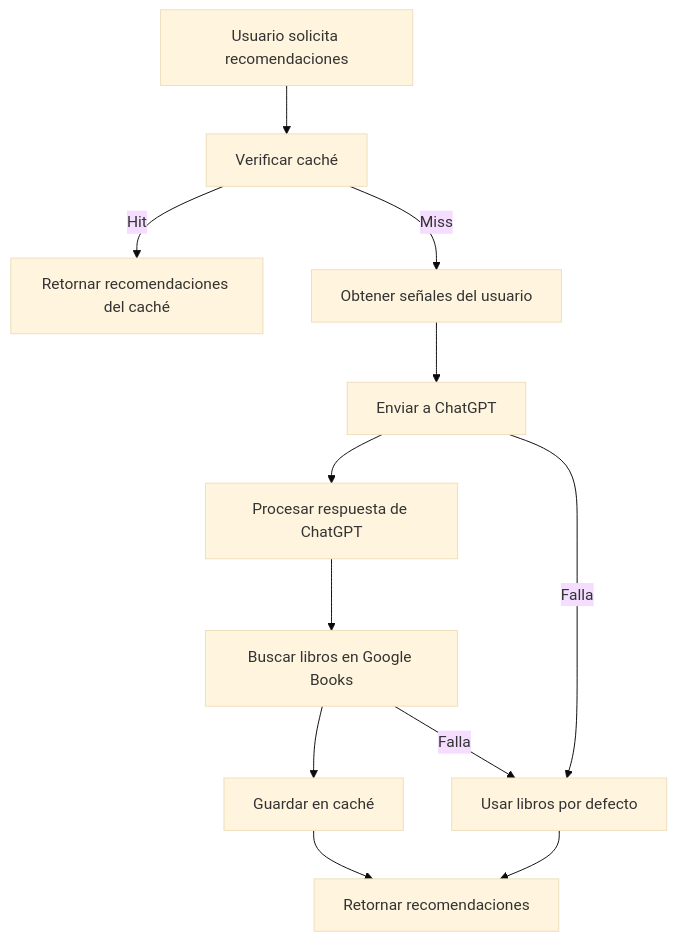
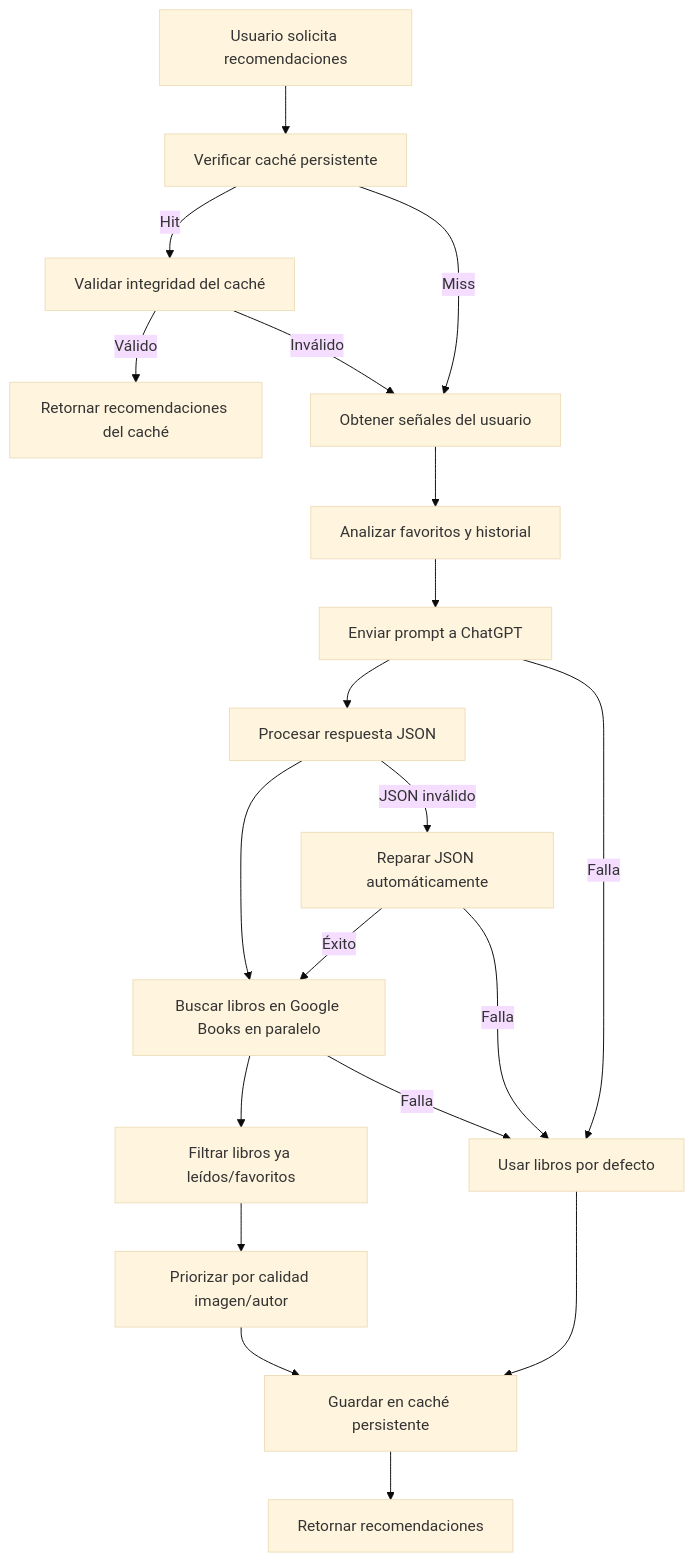
One commit to simon2432/Proyecto-tesis-exlibris changed the diagram in backend/src/services/recs/README.md. Above: the diagram before and after it, drawn with Mermaid (base theme). The commit also changed other lines of this file and 12 other files, not shown here.

````diff
--- a/backend/src/services/recs/README.md
+++ b/backend/src/services/recs/README.md
@@ -291,15 +352,23 @@
 ```mermaid
 graph TD
-    A[Usuario solicita recomendaciones] --> B[Verificar caché]
-    B -->|Hit| C[Retornar recomendaciones del caché]
-    B -->|Miss| D[Obtener señales del usuario]
-    D --> E[Enviar a ChatGPT]
-    E --> F[Procesar respuesta de ChatGPT]
-    F --> G[Buscar libros en Google Books]
-    G --> H[Guardar en caché]
-    H --> I[Retornar recomendaciones]
+    A[Usuario solicita recomendaciones] --> B[Verificar caché persistente]
+    B -->|Hit| C[Validar integridad del caché]
+    C -->|Válido| D[Retornar recomendaciones del caché]
+    C -->|Inválido| E[Regenerar recomendaciones]
+    B -->|Miss| E[Obtener señales del usuario]
+    E --> F[Analizar favoritos y historial]
+    F --> G[Enviar prompt a ChatGPT]
+    G --> H[Procesar respuesta JSON]
+    H --> I[Buscar libros en Google Books en paralelo]
+    I --> J[Filtrar libros ya leídos/favoritos]
+    J --> K[Priorizar por calidad imagen/autor]
+    K --> L[Guardar en caché persistente]
+    L --> M[Retornar recomendaciones]
 
-    E -->|Falla| J[Usar libros por defecto]
-    G -->|Falla| J
-    J --> I
+    G -->|Falla| N[Usar libros por defecto]
+    I -->|Falla| N
+    H -->|JSON inválido| O[Reparar JSON automáticamente]
+    O -->|Éxito| I
+    O -->|Falla| N
+    N --> L
 ```
````
